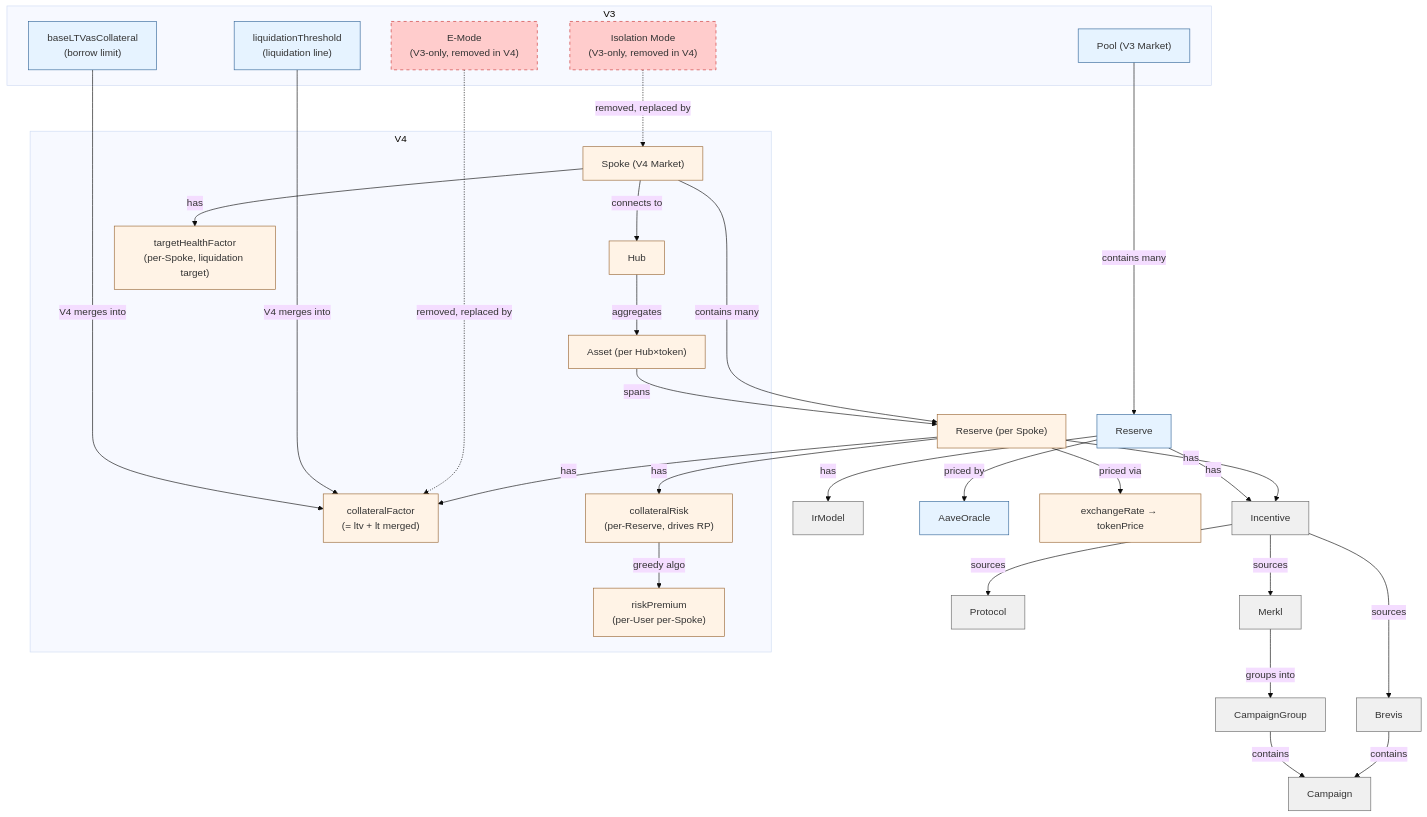
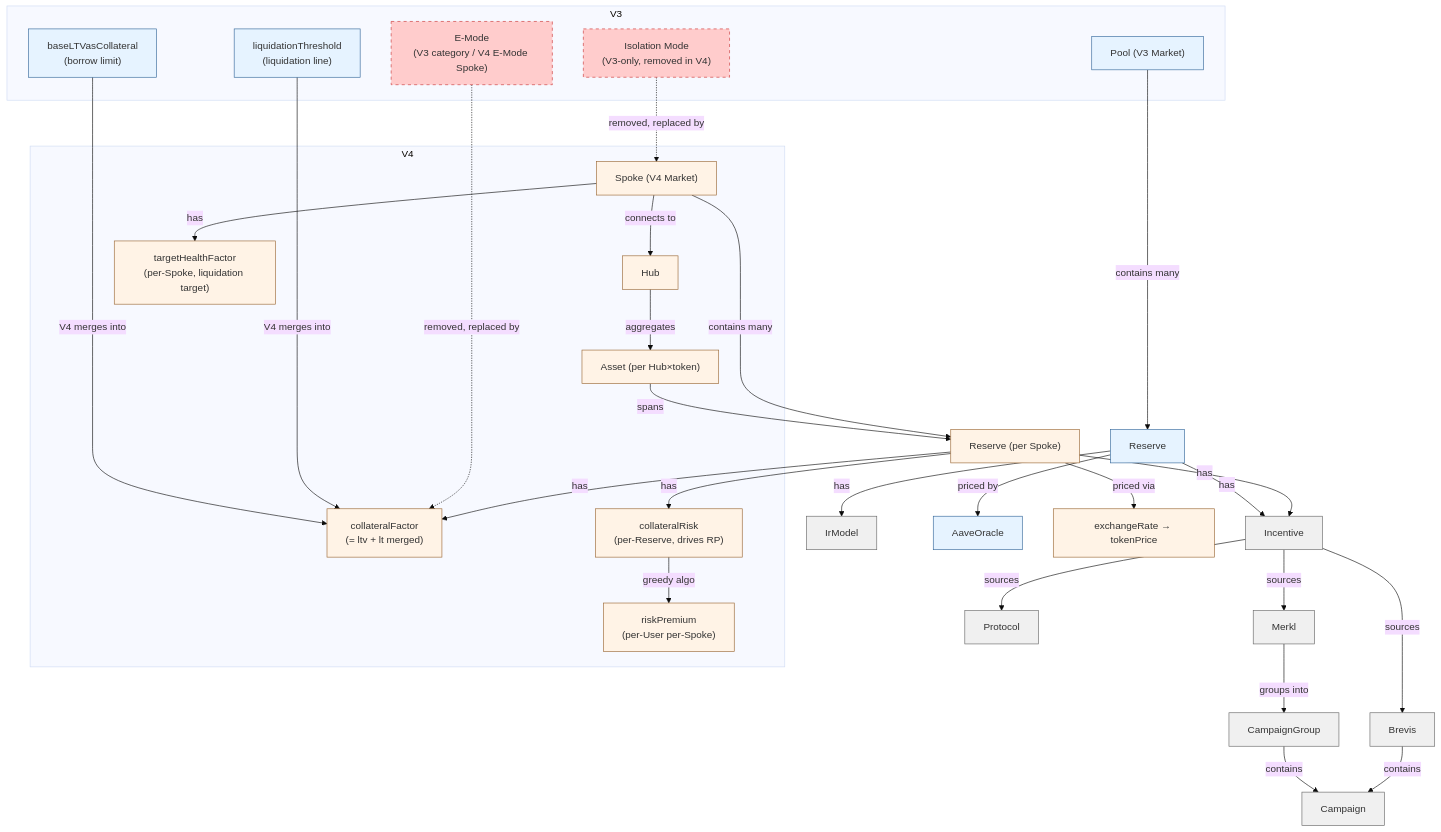
The diagram in CONTEXT.md (0xPabloLI/aave-protocol-analysis), drawn with Mermaid (base theme) before and after one commit. The commit also changed other lines of this file and 20 other files, not shown here.

````diff
--- a/CONTEXT.md
+++ b/CONTEXT.md
@@ -271,59 +271,59 @@
 ```mermaid
 graph TD
     subgraph V3
         Pool["Pool (V3 Market)"]
         LTV["baseLTVasCollateral<br/>(borrow limit)"]
         LT["liquidationThreshold<br/>(liquidation line)"]
-        EMode["E-Mode<br/>(V3-only, removed in V4)"]
+        EMode["E-Mode<br/>(V3 category / V4 E-Mode Spoke)"]
         IsoMode["Isolation Mode<br/>(V3-only, removed in V4)"]
     end
     subgraph V4
         Hub["Hub"]
         Spoke["Spoke (V4 Market)"]
         Asset["Asset (per Hub×token)"]
         CF["collateralFactor<br/>(= ltv + lt merged)"]
         CR["collateralRisk<br/>(per-Reserve, drives RP)"]
         RP["riskPremium<br/>(per-User per-Spoke)"]
         THF["targetHealthFactor<br/>(per-Spoke, liquidation target)"]
     end
 
     Pool -->|"contains many"| ReserveV3["Reserve"]
     Hub -->|"aggregates"| Asset
     Asset -->|"spans"| ReserveV4["Reserve (per Spoke)"]
     Spoke -->|"contains many"| ReserveV4
     Spoke -->|"connects to"| Hub
 
     LTV -->|"V4 merges into"| CF
     LT -->|"V4 merges into"| CF
     EMode -.->|"removed, replaced by"| CF
     IsoMode -.->|"removed, replaced by"| Spoke
 
     ReserveV4 -->|"has"| CF
     ReserveV4 -->|"has"| CR
     CR -->|"greedy algo"| RP
     Spoke -->|"has"| THF
 
     ReserveV3 -->|"has"| IrModel["IrModel"]
     ReserveV3 -->|"has"| Incentive["Incentive"]
     ReserveV4 -->|"has"| Incentive
 
     ReserveV3 -->|"priced by"| AaveOracle["AaveOracle"]
     ReserveV4 -->|"priced via"| ExchangeRate["exchangeRate → tokenPrice"]
 
     Incentive -->|"sources"| Protocol["Protocol"]
     Incentive -->|"sources"| Merkl["Merkl"]
     Incentive -->|"sources"| Brevis["Brevis"]
 
     Merkl -->|"groups into"| CampaignGroup["CampaignGroup"]
     CampaignGroup -->|"contains"| Campaign["Campaign"]
     Brevis -->|"contains"| Campaign
 
     classDef v3 fill:#e6f3ff,stroke:#336699
     classDef v4 fill:#fff3e6,stroke:#996633
     classDef shared fill:#f0f0f0,stroke:#666666
     classDef removed fill:#ffcccc,stroke:#cc3333,stroke-dasharray: 5 5
     class Pool,ReserveV3,AaveOracle,LTV,LT,EMode,IsoMode v3
     class Hub,Spoke,Asset,ReserveV4,ExchangeRate,CF,CR,RP,THF v4
     class IrModel,Incentive,Protocol,Merkl,Brevis,CampaignGroup,Campaign shared
     class EMode,IsoMode removed
 ```
````
